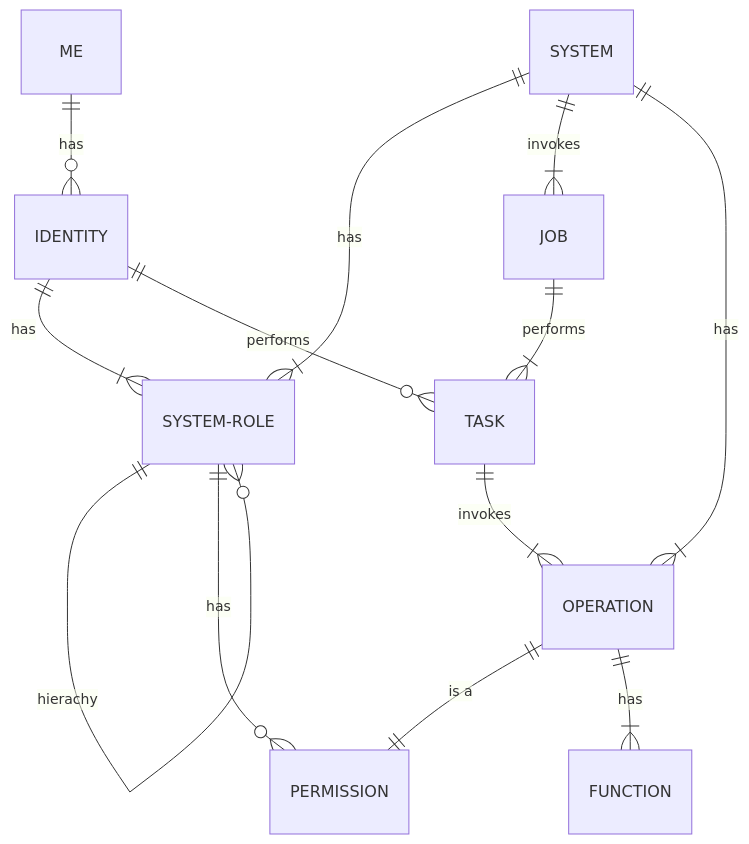
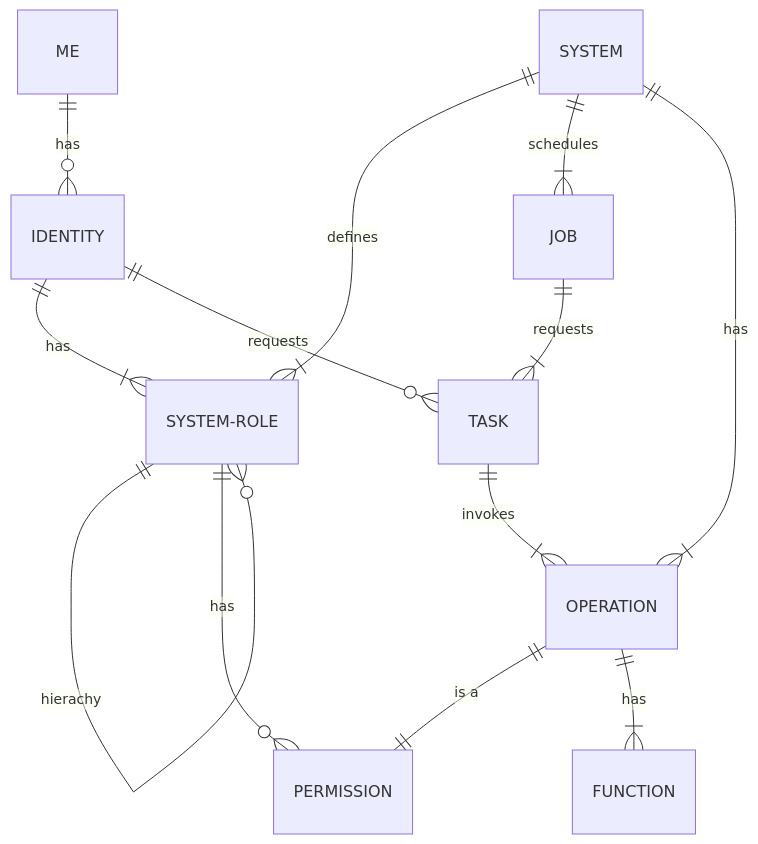
One commit to petersgiles/reference-architecture changed the diagram in content/en/docs/Architectures/xDNA/Patterns/Interaction/_index.md. Above: the diagram before and after it, drawn with Mermaid. The commit also changed 2 other files, not shown here.

````diff
--- a/content/en/docs/Architectures/xDNA/Patterns/Interaction/_index.md
+++ b/content/en/docs/Architectures/xDNA/Patterns/Interaction/_index.md
@@ -12,22 +12,22 @@
 ```mermaid
 erDiagram
 
         ME ||--o{ IDENTITY : "has"
         IDENTITY||--|{ SYSTEM-ROLE : "has"
-        IDENTITY||--o{ TASK : "performs"
+        IDENTITY||--o{ TASK : "requests"
         
-        SYSTEM ||--|{ SYSTEM-ROLE : "has"
-        SYSTEM ||--|{ JOB : "invokes"
+        SYSTEM ||--|{ SYSTEM-ROLE : "defines"
+        SYSTEM ||--|{ JOB : "schedules"
         SYSTEM ||--|{ OPERATION : "has"
                 
         SYSTEM-ROLE ||--o{ SYSTEM-ROLE : "hierachy"
         SYSTEM-ROLE ||--o{ PERMISSION : "has"
 
         OPERATION ||--|| PERMISSION : "is a"
         OPERATION ||--|{ FUNCTION : "has"
 
         TASK ||--|{ OPERATION : "invokes"
-        JOB ||--|{ TASK : "performs"
+        JOB ||--|{ TASK : "requests"
         
 
 ```
````
